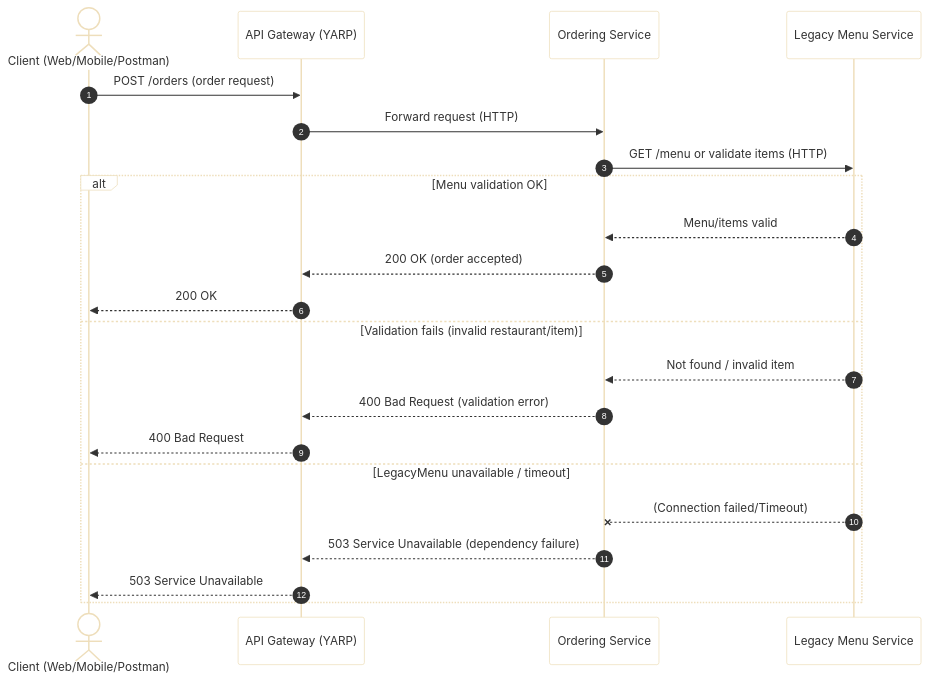
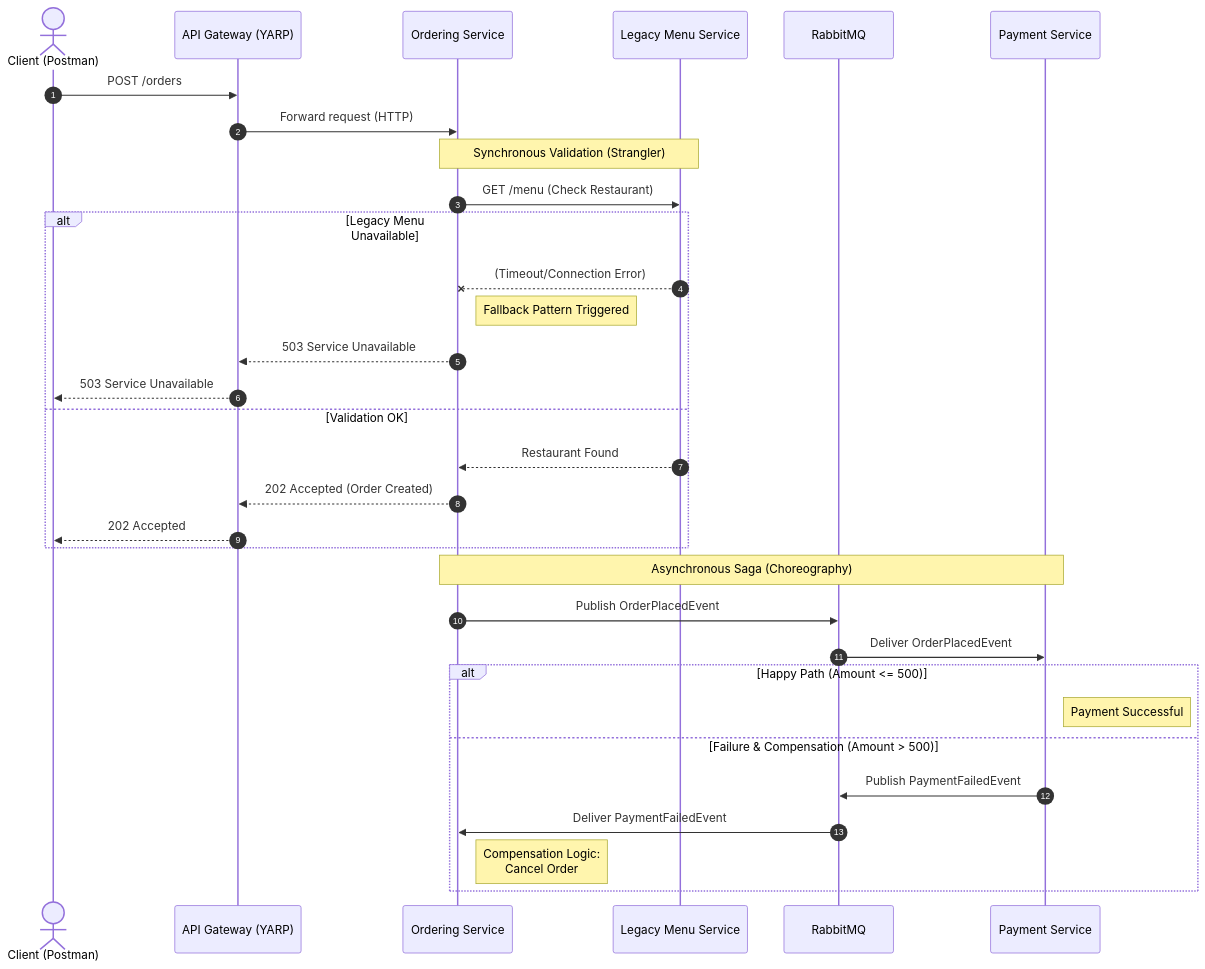
One commit to VivekNagra/mtogo-final-exam changed the diagram in docs/diagrams/sequence-order-flow.mmd. Above: the diagram before and after it, drawn with Mermaid. The commit also changed 2 other files, not shown here.

```diff
--- a/docs/diagrams/sequence-order-flow.mmd
+++ b/docs/diagrams/sequence-order-flow.mmd
@@ -1,26 +1,37 @@
-%%{init: { 'theme': 'base', 'themeVariables': { 'background': '#ffffff', 'mainBkg': '#ffffff', 'actorBkg': '#ffffff', 'signalColor': '#333333', 'textColor': '#333333', 'noteBkgColor': '#ffffff'} } }%%
 sequenceDiagram
   autonumber
-  actor Client as Client (Web/Mobile/Postman)
+  actor Client as Client (Postman)
   participant GW as API Gateway (YARP)
   participant ORD as Ordering Service
   participant MENU as Legacy Menu Service
+  participant RMQ as RabbitMQ
+  participant PMT as Payment Service
 
-  Client->>GW: POST /orders (order request)
+  Client->>GW: POST /orders
   GW->>ORD: Forward request (HTTP)
 
-  ORD->>MENU: GET /menu or validate items (HTTP)
+  Note over ORD,MENU: Synchronous Validation (Strangler)
+  ORD->>MENU: GET /menu (Check Restaurant)
   
-  alt Menu validation OK
-    MENU-->>ORD: Menu/items valid
-    ORD-->>GW: 200 OK (order accepted)
-    GW-->>Client: 200 OK
-  else Validation fails (invalid restaurant/item)
-    MENU-->>ORD: Not found / invalid item
-    ORD-->>GW: 400 Bad Request (validation error)
-    GW-->>Client: 400 Bad Request
-  else LegacyMenu unavailable / timeout
-    MENU--xORD: (Connection failed/Timeout)
-    ORD-->>GW: 503 Service Unavailable (dependency failure)
+  alt Legacy Menu Unavailable
+    MENU--xORD: (Timeout/Connection Error)
+    Note right of ORD: Fallback Pattern Triggered
+    ORD-->>GW: 503 Service Unavailable
     GW-->>Client: 503 Service Unavailable
+  else Validation OK
+    MENU-->>ORD: Restaurant Found
+    ORD-->>GW: 202 Accepted (Order Created)
+    GW-->>Client: 202 Accepted
   end
+
+  Note over ORD,PMT: Asynchronous Saga (Choreography)
+  ORD->>RMQ: Publish OrderPlacedEvent
+  RMQ->>PMT: Deliver OrderPlacedEvent
+  
+  alt Happy Path (Amount <= 500)
+    Note right of PMT: Payment Successful
+  else Failure & Compensation (Amount > 500)
+    PMT->>RMQ: Publish PaymentFailedEvent
+    RMQ->>ORD: Deliver PaymentFailedEvent
+    Note right of ORD: Compensation Logic:<br/>Cancel Order
+  end
```
